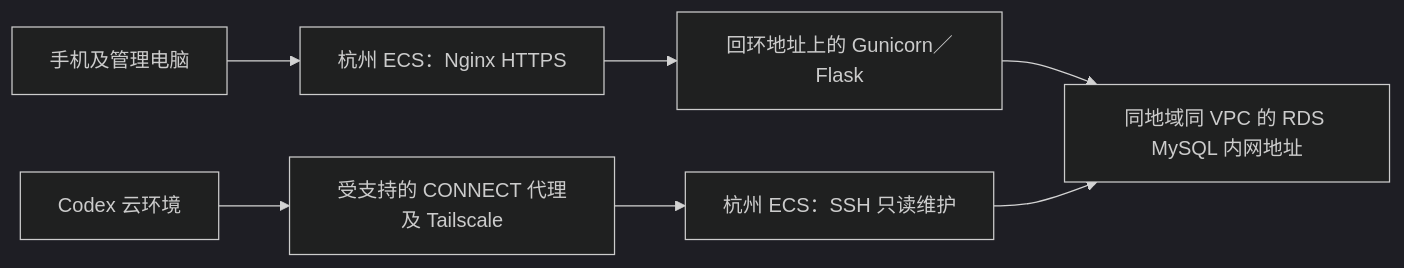
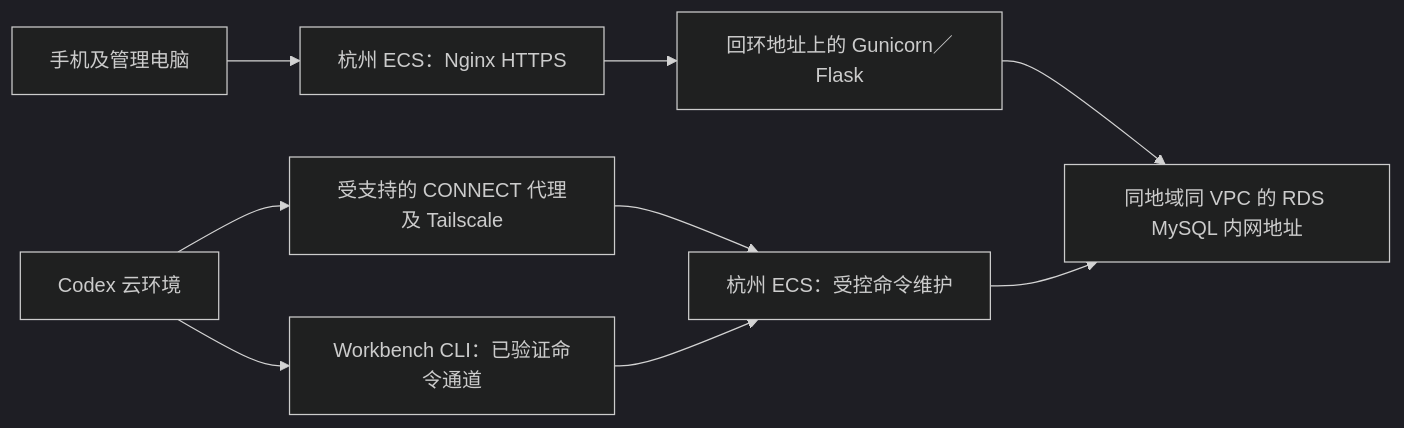
The diagram in docs/HANGZHOU_DEPLOYMENT.md (ilcece/bumbum), drawn with Mermaid (dark theme) before and after one commit. The commit also changed other lines of this file and 2 other files, not shown here.

````diff
--- a/docs/HANGZHOU_DEPLOYMENT.md
+++ b/docs/HANGZHOU_DEPLOYMENT.md
@@ -9,9 +11,11 @@
 ```mermaid
 flowchart LR
     C[Codex 云环境] --> P[受支持的 CONNECT 代理及 Tailscale]
-    P --> E[杭州 ECS：SSH 只读维护]
+    P --> E[杭州 ECS：受控命令维护]
+    C --> W[Workbench CLI：已验证命令通道]
+    W --> E
     U[手机及管理电脑] --> N[杭州 ECS：Nginx HTTPS]
     N --> A[回环地址上的 Gunicorn／Flask]
     A --> R[同地域同 VPC 的 RDS MySQL 内网地址]
     E --> R
 ```
````
